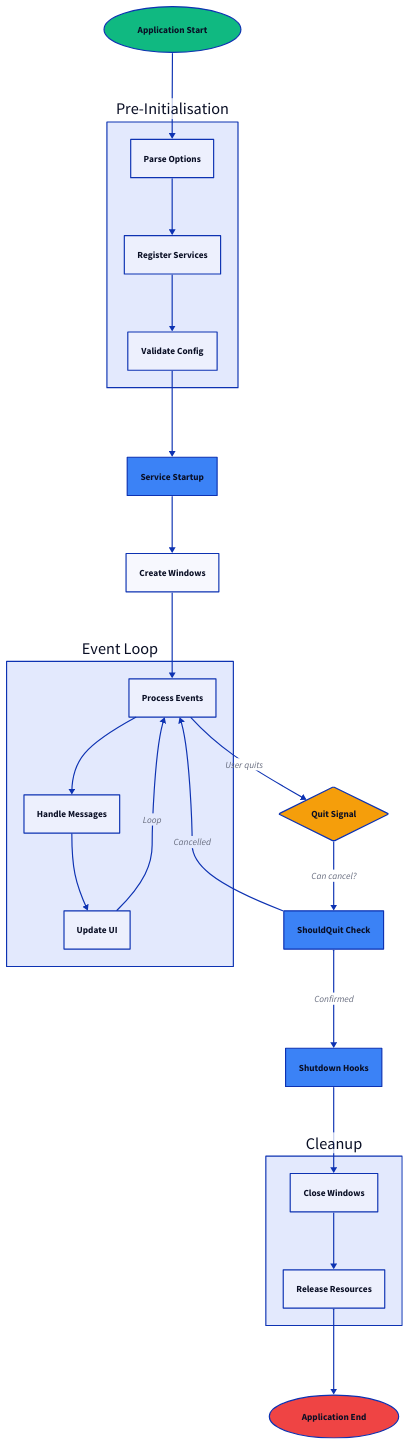
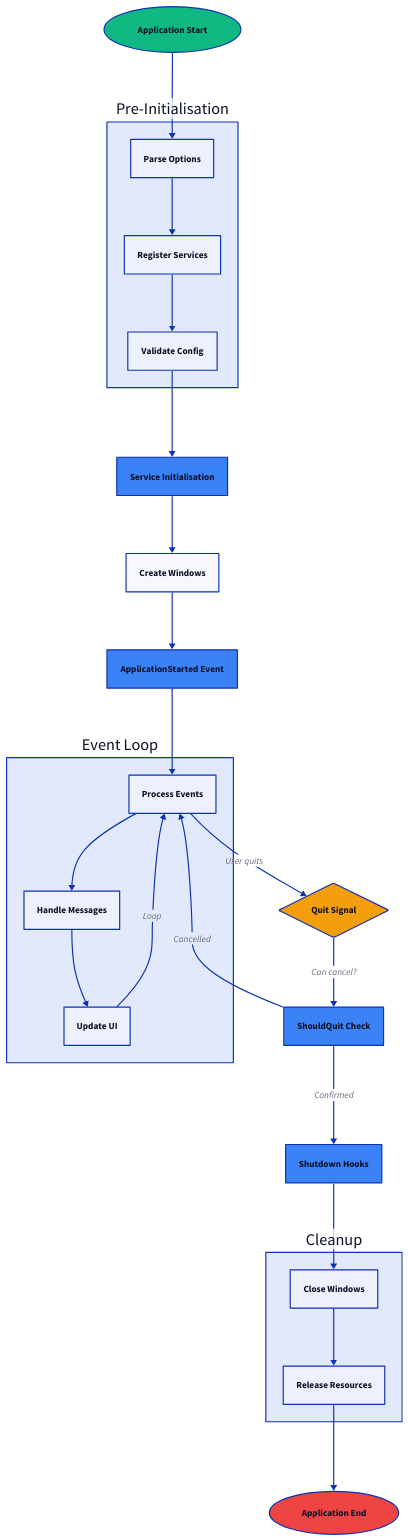
Before and after one commit to wailsapp/wails: the first of 2 diagrams in docs/src/content/docs/concepts/lifecycle.mdx, drawn with D2. The commit also changed other lines of this file and 1 other file, not shown here.

```diff
--- a/docs/src/content/docs/concepts/lifecycle.mdx
+++ b/docs/src/content/docs/concepts/lifecycle.mdx
@@ -33,13 +33,18 @@
   }
 }
 
-ServiceStartup: "Service Startup" {
+ServiceInit: "Service Initialisation" {
   shape: rectangle
   style.fill: "#3B82F6"
 }
 
 CreateWindows: "Create Windows" {
   shape: rectangle
+}
+
+AppStarted: "ApplicationStarted Event" {
+  shape: rectangle
+  style.fill: "#3B82F6"
 }
 
 EventLoop: "Event Loop" {
@@ -86,9 +91,10 @@
 Start -> PreInit.Parse
 PreInit.Parse -> PreInit.Register
 PreInit.Register -> PreInit.Validate
-PreInit.Validate -> ServiceStartup
-ServiceStartup -> CreateWindows
-CreateWindows -> EventLoop.Process
+PreInit.Validate -> ServiceInit
+ServiceInit -> CreateWindows
+CreateWindows -> AppStarted
+AppStarted -> EventLoop.Process
 EventLoop.Process -> EventLoop.Handle
 EventLoop.Handle -> EventLoop.Update
 EventLoop.Update -> EventLoop.Process: "Loop"
```
